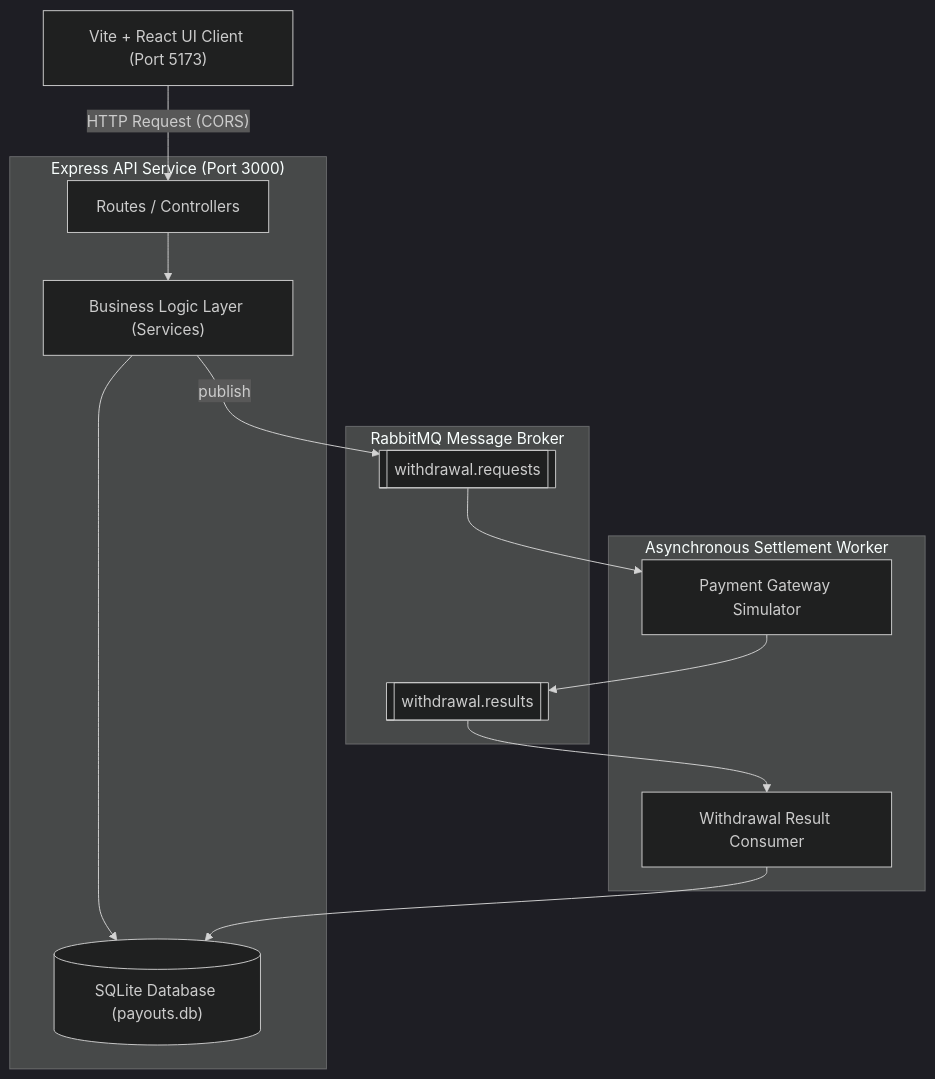
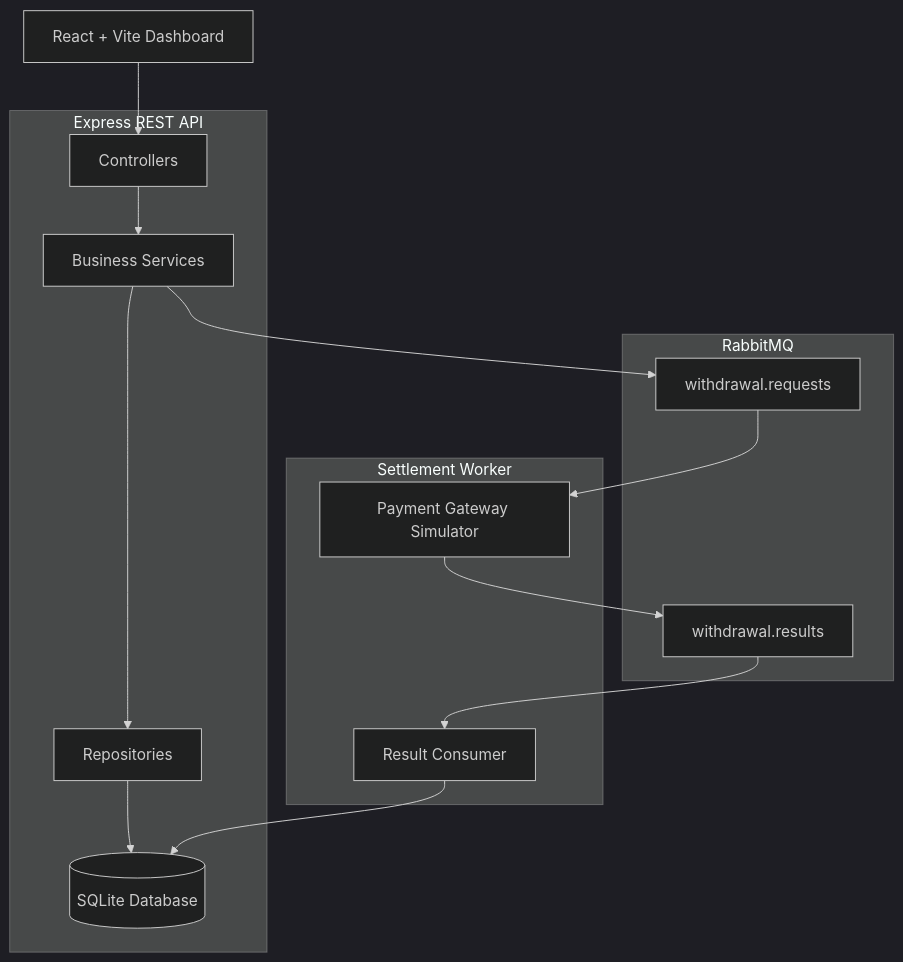
One commit to jeet1703/Faym changed the first of 2 diagrams in README.md. Above: the diagram before and after it, drawn with Mermaid (dark theme). The commit also changed other lines of this file, not shown here.

````diff
--- a/README.md
+++ b/README.md
@@ -13,28 +185,37 @@
 ```mermaid
 flowchart TB
-    Client["Vite + React UI Client (Port 5173)"]
+    Client["React + Vite Dashboard"]
 
-    subgraph API_Service["Express API Service (Port 3000)"]
-        Routes["Routes / Controllers"]
-        Services["Business Logic Layer (Services)"]
-        DB[("SQLite Database (payouts.db)")]
-        Routes --> Services --> DB
+    subgraph API["Express REST API"]
+        Controller["Controllers"]
+        Service["Business Services"]
+        Repository["Repositories"]
+        SQLite[(SQLite Database)]
+
+        Controller --> Service
+        Service --> Repository
+        Repository --> SQLite
     end
 
-    subgraph Worker_Service["Asynchronous Settlement Worker"]
-        GW["Payment Gateway Simulator"]
-        RC["Withdrawal Result Consumer"]
+    subgraph Broker["RabbitMQ"]
+        Queue1["withdrawal.requests"]
+        Queue2["withdrawal.results"]
     end
 
-    subgraph Broker["RabbitMQ Message Broker"]
-        Q1[["withdrawal.requests"]]
-        Q2[["withdrawal.results"]]
-        Q1 --> GW
-        GW --> Q2
-        Q2 --> RC
+    subgraph Worker["Settlement Worker"]
+        Gateway["Payment Gateway Simulator"]
+        Consumer["Result Consumer"]
     end
 
-    Client -- HTTP Request (CORS) --> Routes
-    Services -- publish --> Q1
-    RC --> DB
+    Client --> Controller
+
+    Service --> Queue1
+
+    Queue1 --> Gateway
+
+    Gateway --> Queue2
+
+    Queue2 --> Consumer
+
+    Consumer --> SQLite
 ```
````
